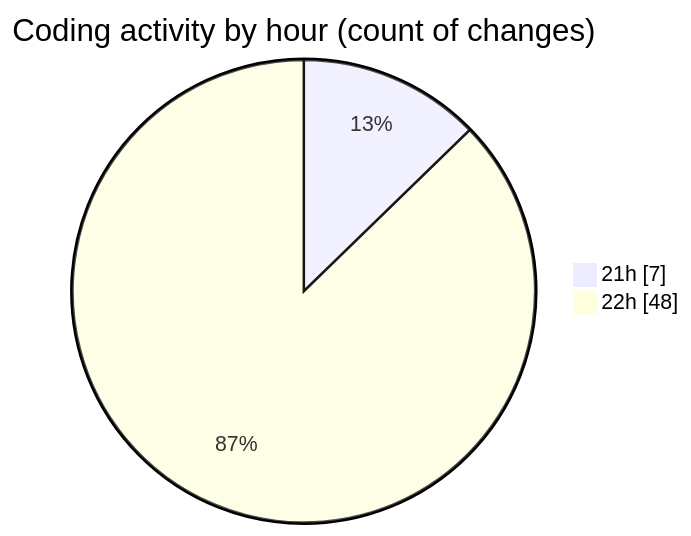
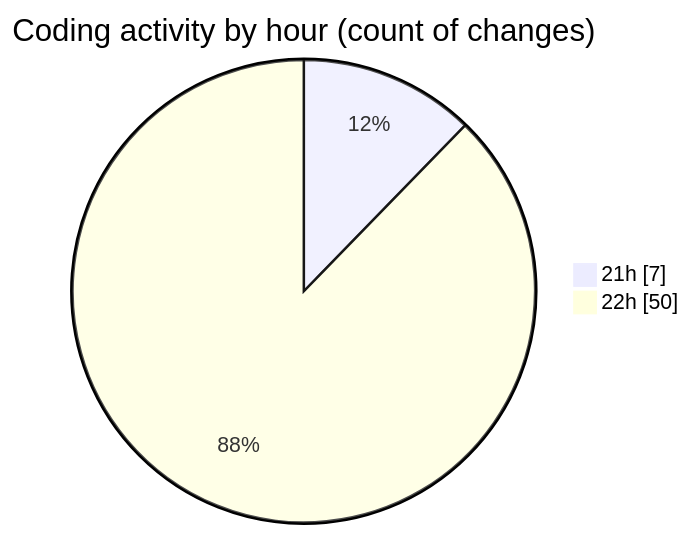
Before and after one commit to EIIisD/code-tracking: the second of 2 diagrams in 2025-08-26/mcp-web/README.md, drawn with Mermaid. The commit also changed other lines of this file and 1 other file, not shown here.

````diff
--- a/2025-08-26/mcp-web/README.md
+++ b/2025-08-26/mcp-web/README.md
@@ -32,6 +32,6 @@
 ```mermaid
 pie showData
 title Coding activity by hour (count of changes)
 "21h" : 7
-"22h" : 48
+"22h" : 50
 ```
````
